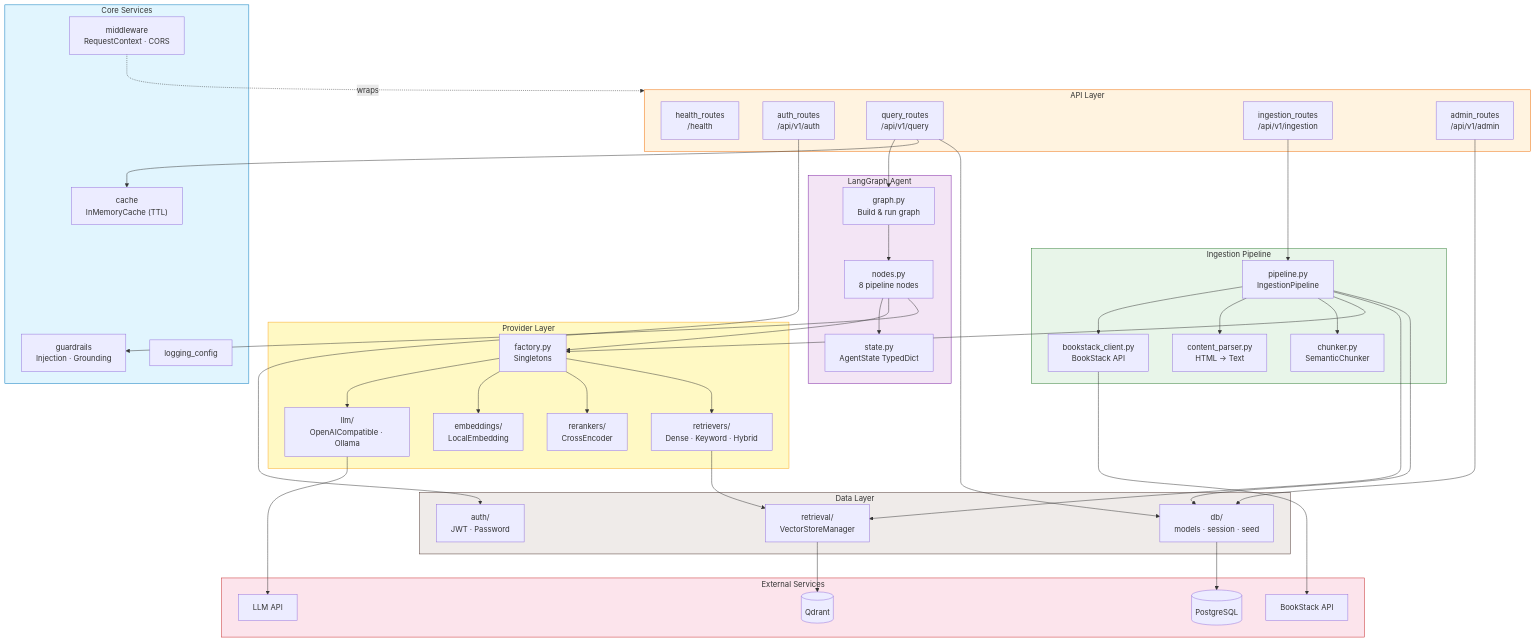
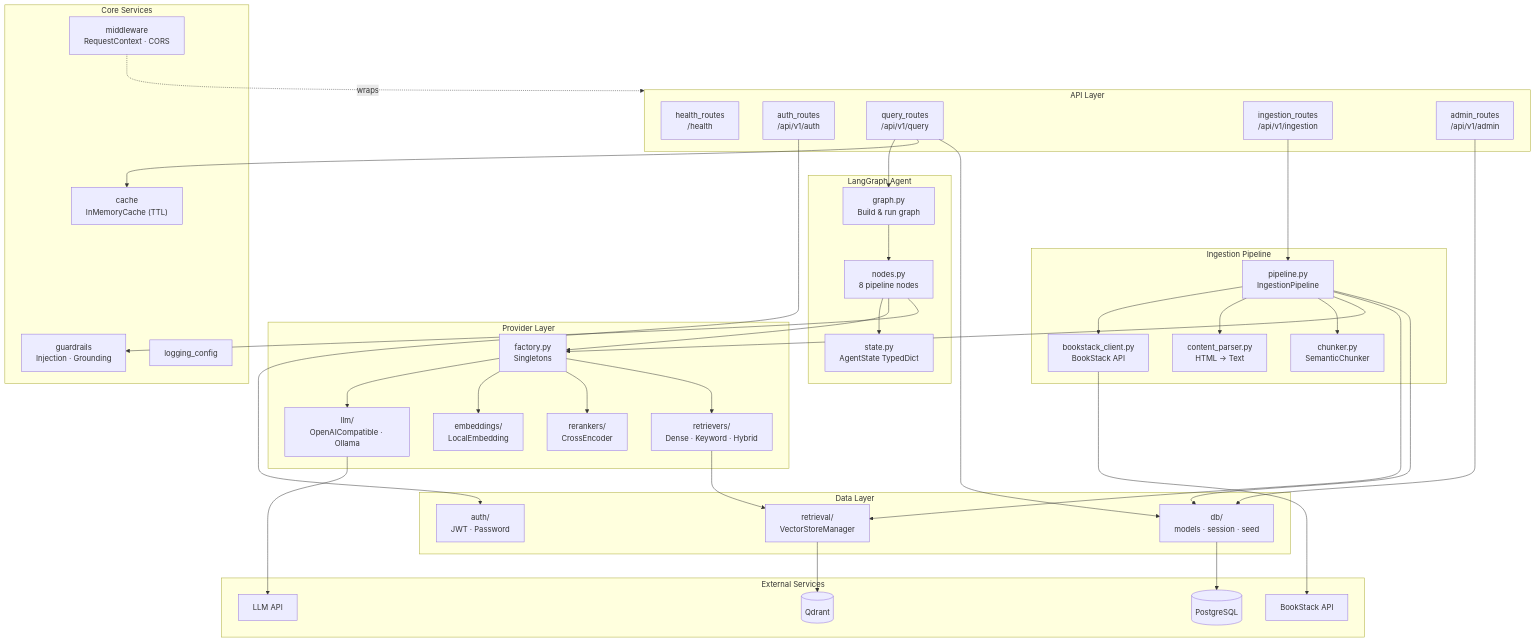
One commit to Jithendhar18/bookstack-rag-agent changed the fifth of 10 diagrams in docs/architecture.md. Above: the diagram before and after it, drawn with Mermaid. The commit also changed other lines of this file, not shown here.

Commit message:
refactor: Clean up architecture diagrams by removing style definitions

````diff
--- a/docs/architecture.md
+++ b/docs/architecture.md
@@ -277,81 +256,73 @@
 ```mermaid
 graph TD
     subgraph API["API Layer"]
         health["health_routes<br/>/health"]
         auth["auth_routes<br/>/api/v1/auth"]
         query["query_routes<br/>/api/v1/query"]
         ingest["ingestion_routes<br/>/api/v1/ingestion"]
         admin["admin_routes<br/>/api/v1/admin"]
     end
 
     subgraph Core["Core Services"]
         MW["middleware<br/>RequestContext · CORS"]
         GR["guardrails<br/>Injection · Grounding"]
         CA["cache<br/>InMemoryCache (TTL)"]
         LOG["logging_config"]
     end
 
     subgraph Agents["LangGraph Agent"]
         graph_mod["graph.py<br/>Build & run graph"]
         nodes["nodes.py<br/>8 pipeline nodes"]
         state["state.py<br/>AgentState TypedDict"]
     end
 
     subgraph Providers["Provider Layer"]
         factory["factory.py<br/>Singletons"]
         LLM_P["llm/<br/>OpenAICompatible · Ollama"]
         EMB_P["embeddings/<br/>LocalEmbedding"]
         RR_P["rerankers/<br/>CrossEncoder"]
         RET_P["retrievers/<br/>Dense · Keyword · Hybrid"]
     end
 
     subgraph Ingestion["Ingestion Pipeline"]
         pipe["pipeline.py<br/>IngestionPipeline"]
         bsclient["bookstack_client.py<br/>BookStack API"]
         parser["content_parser.py<br/>HTML → Text"]
         chunker["chunker.py<br/>SemanticChunker"]
     end
 
     subgraph Storage["Data Layer"]
         db["db/<br/>models · session · seed"]
         vs["retrieval/<br/>VectorStoreManager"]
         jwt["auth/<br/>JWT · Password"]
     end
 
     subgraph External["External Services"]
         PG[("PostgreSQL")]
         QD[("Qdrant")]
         LLM_EXT["LLM API"]
         BS_EXT["BookStack API"]
     end
 
     query --> graph_mod
     graph_mod --> nodes
     nodes --> state
     nodes --> factory
     factory --> LLM_P & EMB_P & RR_P & RET_P
     nodes --> GR
     RET_P --> vs
     ingest --> pipe
     pipe --> bsclient & parser & chunker
     pipe --> factory
     pipe --> vs
     pipe --> db
     bsclient --> BS_EXT
     auth --> jwt
     admin --> db
     query --> CA
     query --> db
     vs --> QD
     db --> PG
     LLM_P --> LLM_EXT
     MW -.->|wraps| API
-
-    style API fill:#fff3e0,stroke:#ef6c00
-    style Core fill:#e1f5fe,stroke:#0277bd
-    style Agents fill:#f3e5f5,stroke:#7b1fa2
-    style Providers fill:#fff9c4,stroke:#f9a825
-    style Ingestion fill:#e8f5e9,stroke:#2e7d32
-    style Storage fill:#efebe9,stroke:#4e342e
-    style External fill:#fce4ec,stroke:#c62828
 ```
````
